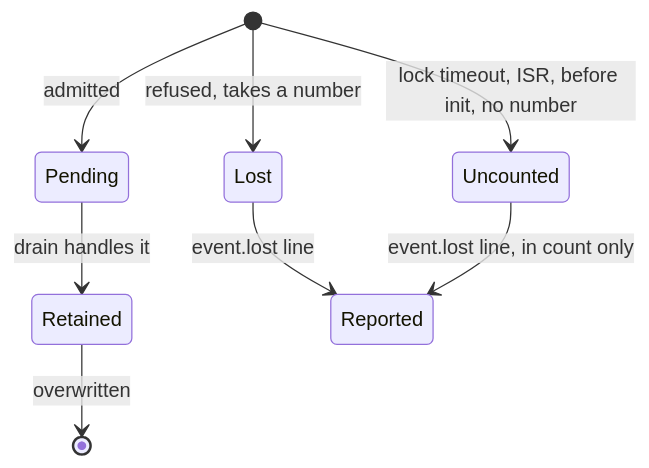
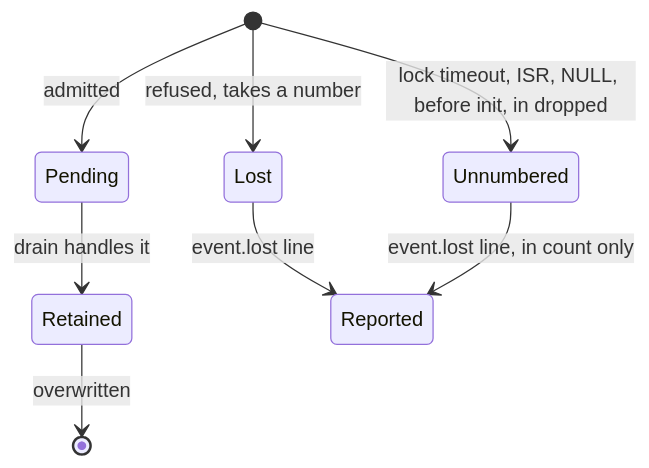
The third of 3 diagrams in docs/security-event-contract.md (wonny-labs/crux-pilot), drawn with Mermaid before and after one commit. The commit also changed other lines of this file and 1 other file, not shown here.

First line of the commit message:
docs(security_event): correct the contract after review

````diff
--- a/docs/security-event-contract.md
+++ b/docs/security-event-contract.md
@@ -149,10 +149,10 @@
 ```mermaid
 stateDiagram-v2
     [*] --> Pending: admitted
     [*] --> Lost: refused, takes a number
-    [*] --> Uncounted: lock timeout, ISR, before init, no number
+    [*] --> Unnumbered: lock timeout, ISR, NULL, before init, in dropped
     Pending --> Retained: drain handles it
     Retained --> [*]: overwritten
     Lost --> Reported: event.lost line
-    Uncounted --> Reported: event.lost line, in count only
+    Unnumbered --> Reported: event.lost line, in count only
 ```
````
